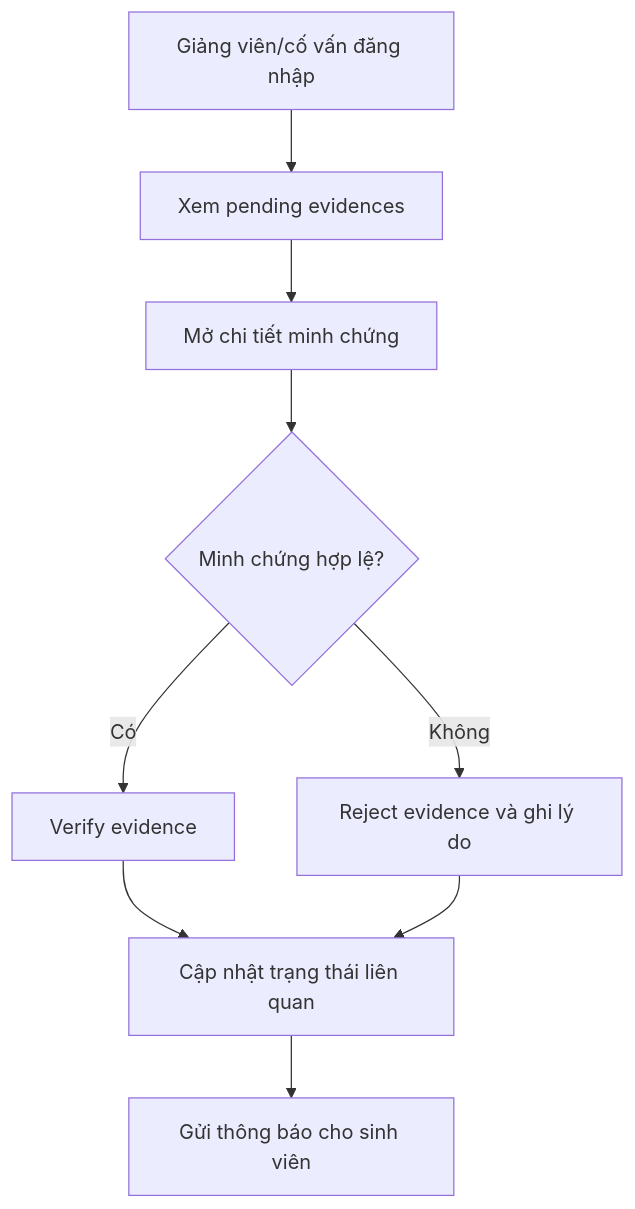
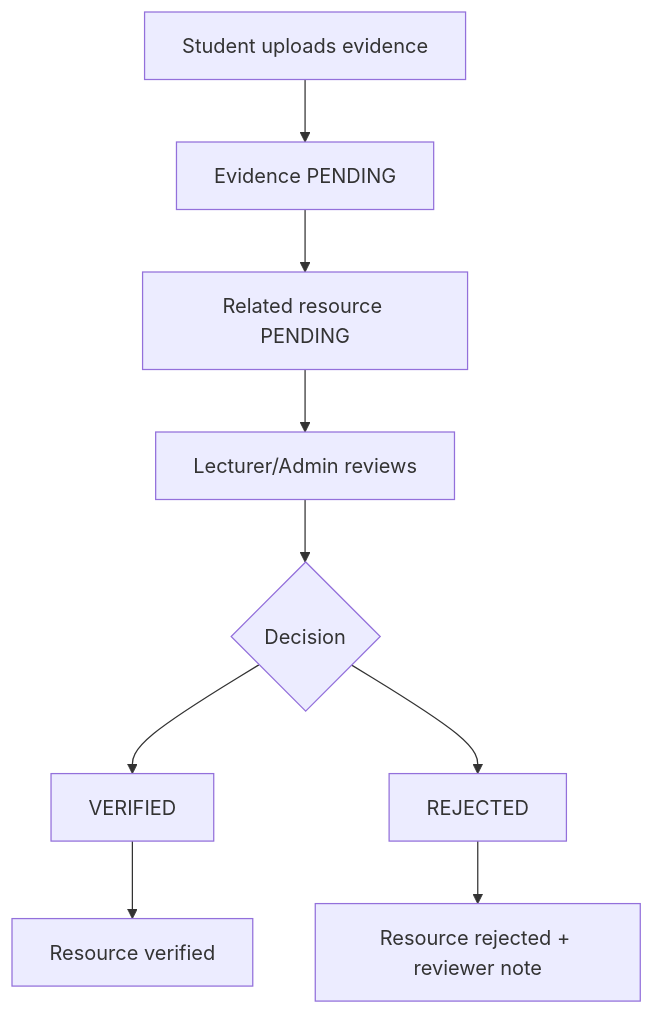
Before and after one commit to haiduong312/student-system: the sixth of 7 diagrams in docs/system-analysis-and-design.md, drawn with Mermaid. The commit also changed other lines of this file and 14 other files, not shown here.

````diff
--- a/docs/system-analysis-and-design.md
+++ b/docs/system-analysis-and-design.md
@@ -494,11 +258,11 @@
 ```mermaid
 flowchart TD
-    A["Giảng viên/cố vấn đăng nhập"] --> B["Xem pending evidences"]
-    B --> C["Mở chi tiết minh chứng"]
-    C --> D{"Minh chứng hợp lệ?"}
-    D -->|Có| E["Verify evidence"]
-    D -->|Không| F["Reject evidence và ghi lý do"]
-    E --> G["Cập nhật trạng thái liên quan"]
-    F --> G
-    G --> H["Gửi thông báo cho sinh viên"]
+    A["Student uploads evidence"] --> B["Evidence PENDING"]
+    B --> C["Related resource PENDING"]
+    C --> D["Lecturer/Admin reviews"]
+    D --> E{"Decision"}
+    E --> F["VERIFIED"]
+    E --> G["REJECTED"]
+    F --> H["Resource verified"]
+    G --> I["Resource rejected + reviewer note"]
 ```
````
